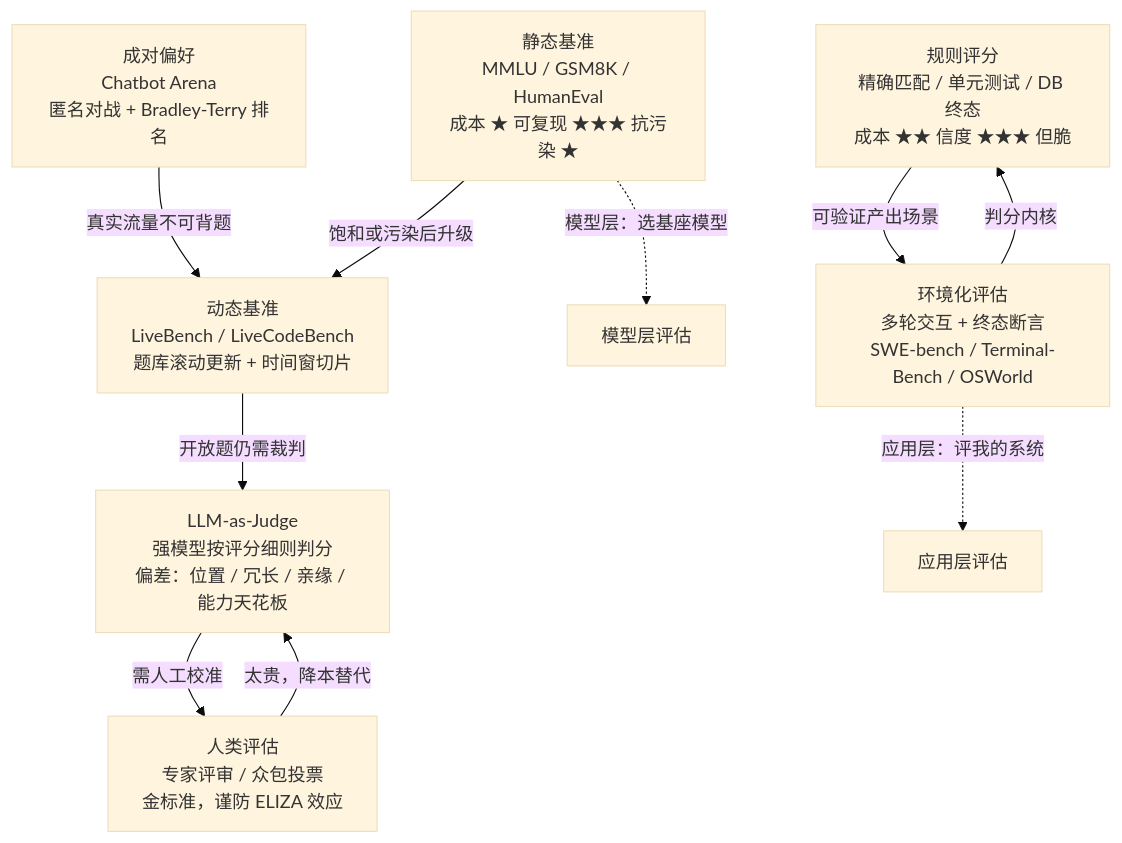
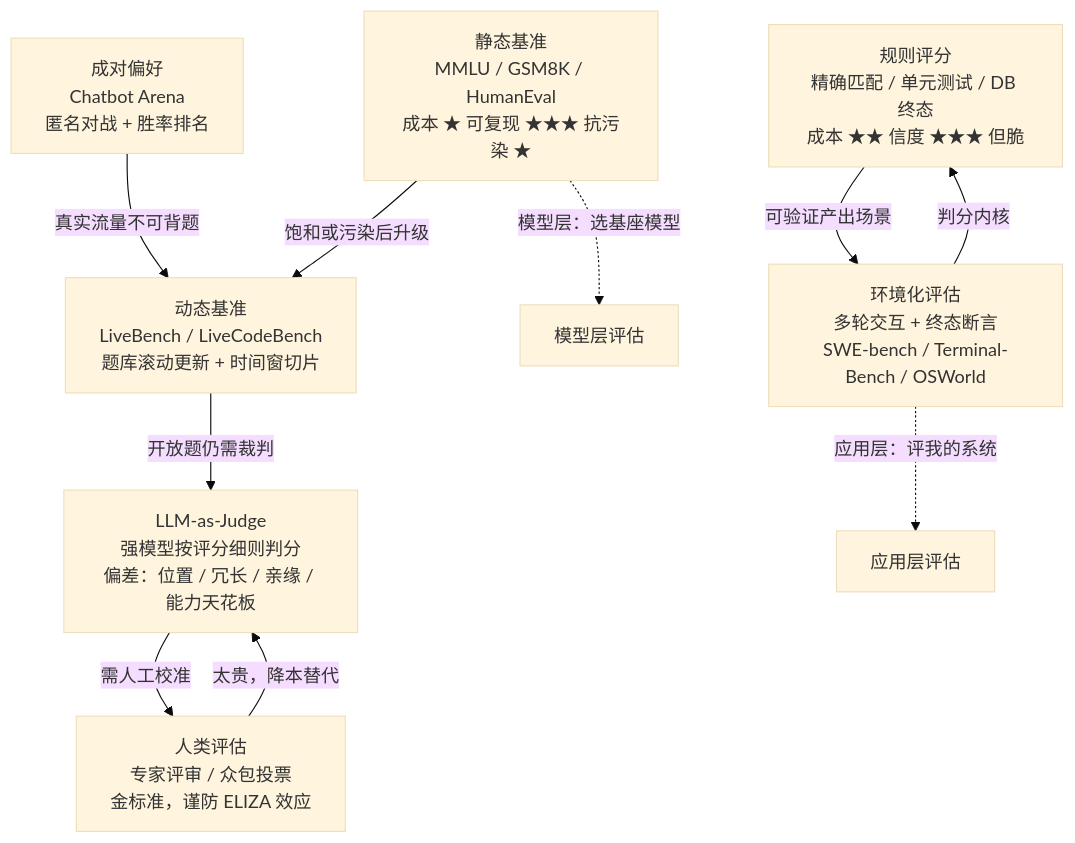
Before and after one commit to zenHeart/evals: the diagram in book/chapters/chapter-04-core-principles.md, drawn with Mermaid (base theme). The commit also changed other lines of this file and 8 other files, not shown here.

````diff
--- a/book/chapters/chapter-04-core-principles.md
+++ b/book/chapters/chapter-04-core-principles.md
@@ -60,19 +60,19 @@
 ```mermaid
 flowchart TB
     STATIC["静态基准<br/>MMLU / GSM8K / HumanEval<br/>成本 ★ 可复现 ★★★ 抗污染 ★"]
     DYN["动态基准<br/>LiveBench / LiveCodeBench<br/>题库滚动更新 + 时间窗切片"]
-    PAIR["成对偏好<br/>Chatbot Arena<br/>匿名对战 + Bradley-Terry 排名"]
+    PAIR["成对偏好<br/>Chatbot Arena<br/>匿名对战 + 胜率排名"]
     RULE["规则评分<br/>精确匹配 / 单元测试 / DB 终态<br/>成本 ★★ 信度 ★★★ 但脆"]
     JUDGE["LLM-as-Judge<br/>强模型按评分细则判分<br/>偏差：位置 / 冗长 / 亲缘 / 能力天花板"]
     HUMAN["人类评估<br/>专家评审 / 众包投票<br/>金标准，谨防 ELIZA 效应"]
     ENV["环境化评估<br/>多轮交互 + 终态断言<br/>SWE-bench / Terminal-Bench / OSWorld"]
     STATIC -- "饱和或污染后升级" --> DYN
     PAIR -- "真实流量不可背题" --> DYN
     DYN -- "开放题仍需裁判" --> JUDGE
     JUDGE -- "需人工校准" --> HUMAN
     HUMAN -- "太贵，降本替代" --> JUDGE
     RULE -- "可验证产出场景" --> ENV
     ENV -- "判分内核" --> RULE
     STATIC -.->|"模型层：选基座模型"| ML["模型层评估"]
     ENV -.->|"应用层：评我的系统"| AL["应用层评估"]
 ```
````
